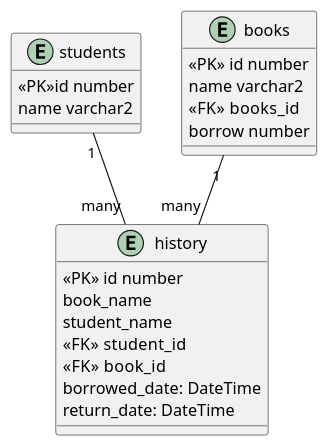
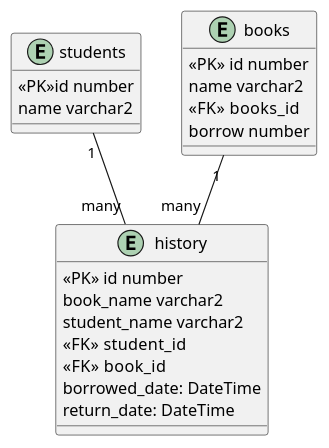
One commit to setayesh-etemadi/library_project changed the diagram in folder-documentation/test.wsd. Above: the diagram before and after it, drawn with PlantUML.

```diff
--- a/folder-documentation/test.wsd
+++ b/folder-documentation/test.wsd
@@ -1,27 +1,27 @@
 @startuml db
 entity students{
 <<PK>>id number
 name varchar2
 } 
 
 entity books{
 <<PK>> id number
 name varchar2
 <<FK>>  books_id
 borrow number
 }  
 
 
 entity history{
 <<PK>> id number
-book_name
-student_name
+book_name varchar2
+student_name varchar2
 <<FK>>  student_id
 <<FK>>  book_id
 borrowed_date: DateTime
 return_date: DateTime 
 
 }  
 students "1" -- "many" history
 books "1" -- "many" history
 @enduml
```
